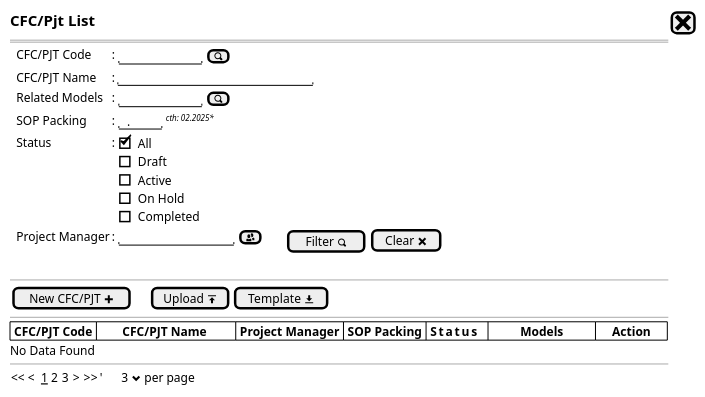
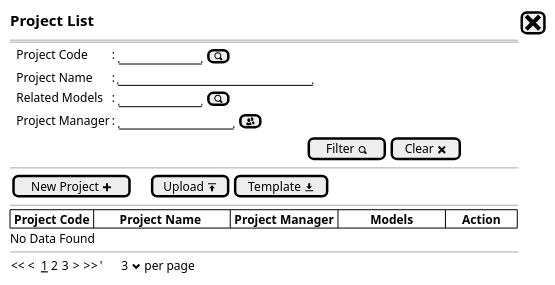
One commit to ari-fikri/packing-cost-mockup changed the diagram in Project/project - new step0.puml. Above: the diagram before and after it, drawn with PlantUML. The commit also changed 5 other files, not shown here.

Commit message:
From Projects form: - Revert name from CFC to Project - Move the filter/clear button in saparate line - Remove fields SOP Packing, Status, CFC/PJT Code, Name (change to Project Code and name)

```diff
--- a/Project/project - new step0.puml
+++ b/Project/project - new step0.puml
@@ -1,35 +1,26 @@
 @startsalt
 {
-  <size:15><b>CFC/Pjt List|[<size:25><&x>]|*
+  <size:15><b>Project List|[<size:25><&x>]|*
   ==
   {
-    .|CFC/PJT Code      |: {|"          "|[<&magnifying-glass>]|}*
-    .|CFC/PJT Name      |: |"                        "|*    
+    .|Project Code      |: {|"          "|[<&magnifying-glass>]|}*
+    .|Project Name      |: |"                        "|*    
     .|Related Models    |: {|"          "| [<&magnifying-glass>]|}*
-    .|SOP Packing        |: {"  .  "| | <size:8><i>cth: 02.2025* }
-    .|Status |:|
-    {
-      [X] All
-      [] Draft
-      [] Active
-      [] On Hold
-      [] Completed
-    }|*
-    .|Project Manager |: {|"              "|[<&people>]|.|.|.|.||[Filter <&magnifying-glass>]}|[Clear <&x>]
+    .|Project Manager |: {|"              "|[<&people>]|}*
   }
-  .
+  {|                                                                                              |[Filter <&magnifying-glass>]|[Clear <&x>]|}
   --
   {
-  [New CFC/PJT <&plus>]|.|.|.|[Upload <&data-transfer-upload>]| [Template <&data-transfer-download>]|*
+  [New Project <&plus>]|.|.|.|[Upload <&data-transfer-upload>]| [Template <&data-transfer-download>]|*
   }
   --
   {#
-    | <b>CFC/PJT Code |        <b>CFC/PJT Name         | <b>Project Manager | <b>SOP Packing | <b>Status      |          <b>Models          |<b>     Action      |*|*|*
+    | <b>Project Code |        <b>Project Name         | <b>Project Manager |          <b>Models          |<b>     Action      |*|*|*
   }
   No Data Found
   --
   {
   << <  __1__ 2 3  > >>  |'      3 <&chevron-bottom> per page |*
   }
 }
 @endsalt
```
